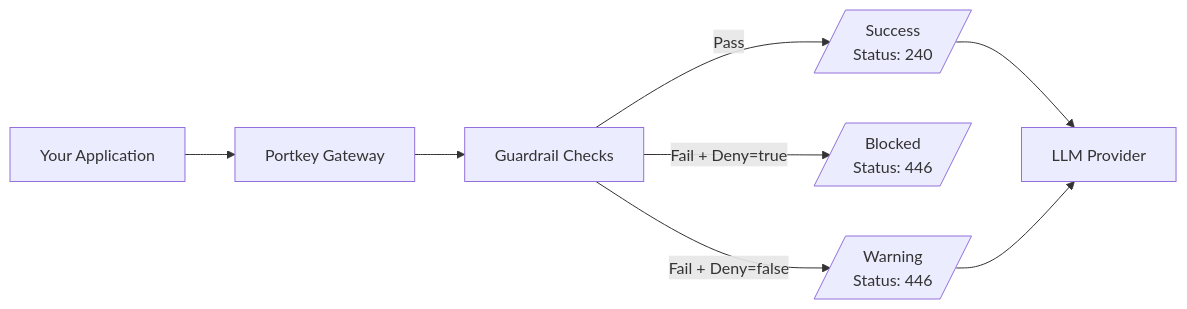
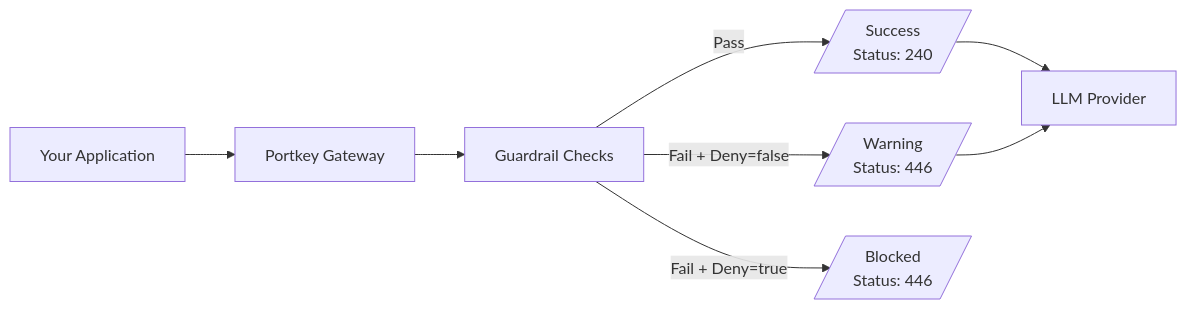
Before and after one commit to Portkey-AI/docs-core: the diagram in product/guardrails/embedding-guardrails.mdx, drawn with Mermaid. The commit also changed other lines of this file, not shown here.

````diff
--- a/product/guardrails/embedding-guardrails.mdx
+++ b/product/guardrails/embedding-guardrails.mdx
@@ -31,17 +27,18 @@
 ```mermaid
 flowchart LR
     App[Your Application] --> Portkey[Portkey Gateway]
     Portkey --> Guardrails[Guardrail Checks]
 
     Guardrails -->|Pass| Success[/Success\nStatus: 240/]
+    Guardrails -->|Fail + Deny=false| Warning[/Warning\nStatus: 446/]
     Guardrails -->|Fail + Deny=true| Blocked[/Blocked\nStatus: 446/]
-    Guardrails -->|Fail + Deny=false| Warning[/Warning\nStatus: 446/]
+
 
     Success --> LLM[LLM Provider]
     Warning --> LLM
 
 
     class Success success
     class Warning warning
     class Blocked danger
 ```
````
